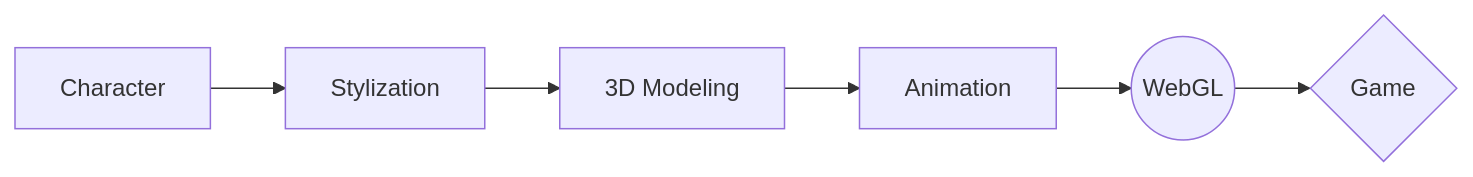
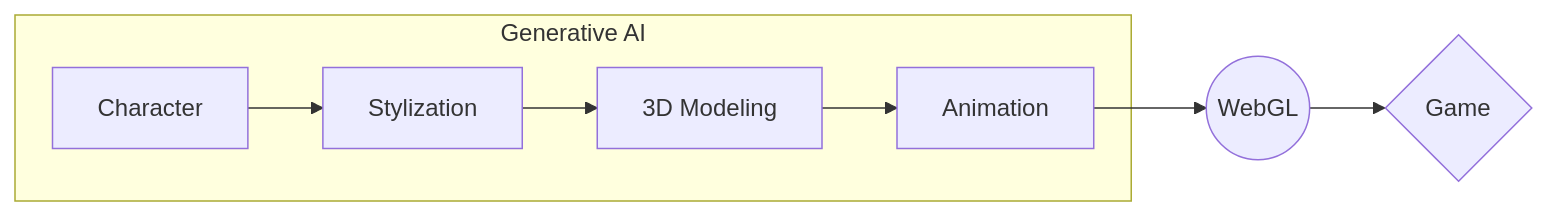
Before and after one commit to stonetein/stonetein: the diagram in README.md, drawn with Mermaid.

Commit message:
Update README.md
add pipeline of mermaid.

````diff
--- a/README.md
+++ b/README.md
@@ -5,5 +5,9 @@
 ```mermaid
 flowchart LR
-A1[Character] --> B1[Stylization] --> C1[3D Modeling] --> D1[Animation] --> E1((WebGL)) --> F1{Game}
+subgraph Generative AI
+A1[Character] --> B1[Stylization] --> C1[3D Modeling] --> D1[Animation]
+end
+D1[Animation] --> E1((WebGL)) --> F1{Game}
+
 
 ```
````
